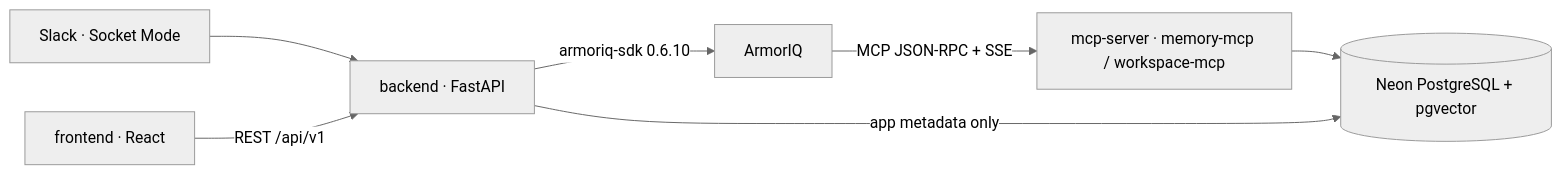
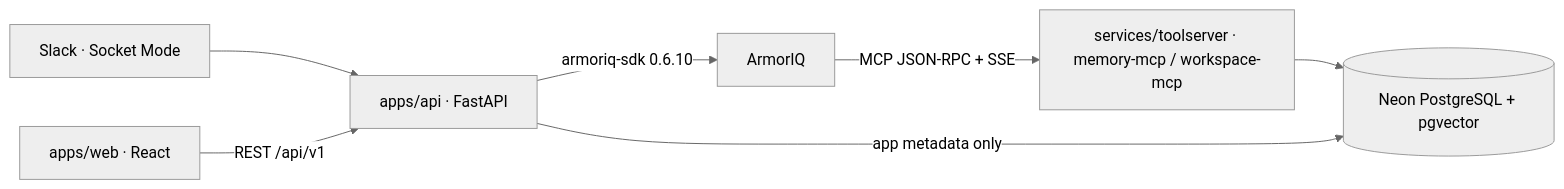
The diagram in README.md (Aditya-Rawat01/ManagerBot-ArmorIQ-Hack-), drawn with Mermaid (neutral theme) before and after one commit. The commit also changed other lines of this file and 131 other files, not shown here.

First line of the commit message:
refactor: adopt the PRD v2 / Architecture v2.1 repository layout

````diff
--- a/README.md
+++ b/README.md
@@ -16,9 +16,9 @@
 ```mermaid
 flowchart LR
-  Slack[Slack · Socket Mode] --> API[backend · FastAPI]
-  Web[frontend · React] -->|REST /api/v1| API
+  Slack[Slack · Socket Mode] --> API[apps/api · FastAPI]
+  Web[apps/web · React] -->|REST /api/v1| API
   API -->|armoriq-sdk 0.6.10| AIQ[ArmorIQ]
-  AIQ -->|MCP JSON-RPC + SSE| MCP[mcp-server · memory-mcp / workspace-mcp]
+  AIQ -->|MCP JSON-RPC + SSE| MCP[services/toolserver · memory-mcp / workspace-mcp]
   MCP --> DB[(Neon PostgreSQL + pgvector)]
   API -->|app metadata only| DB
 ```
````
